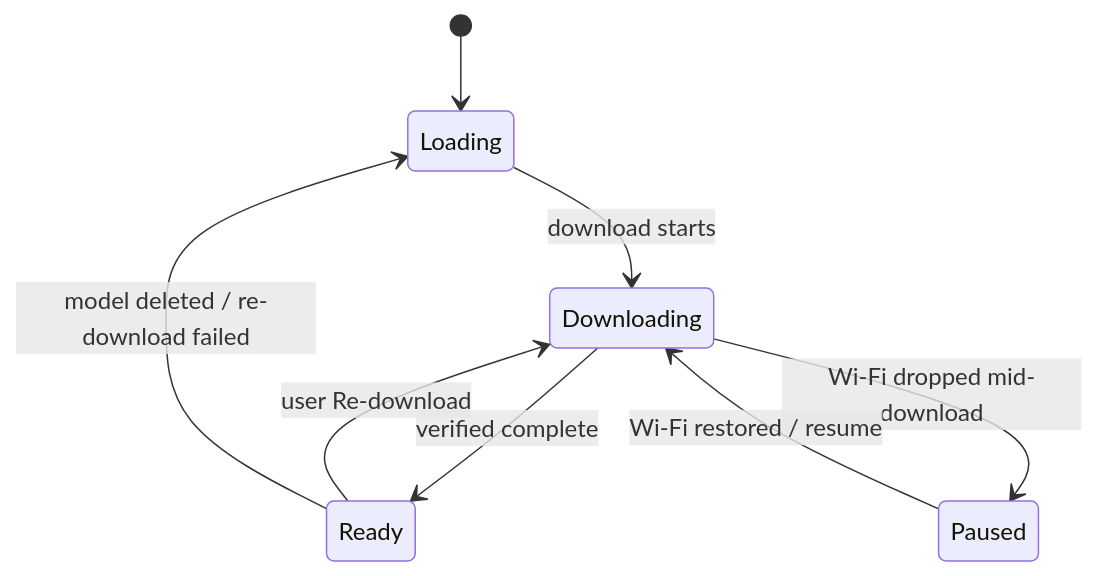
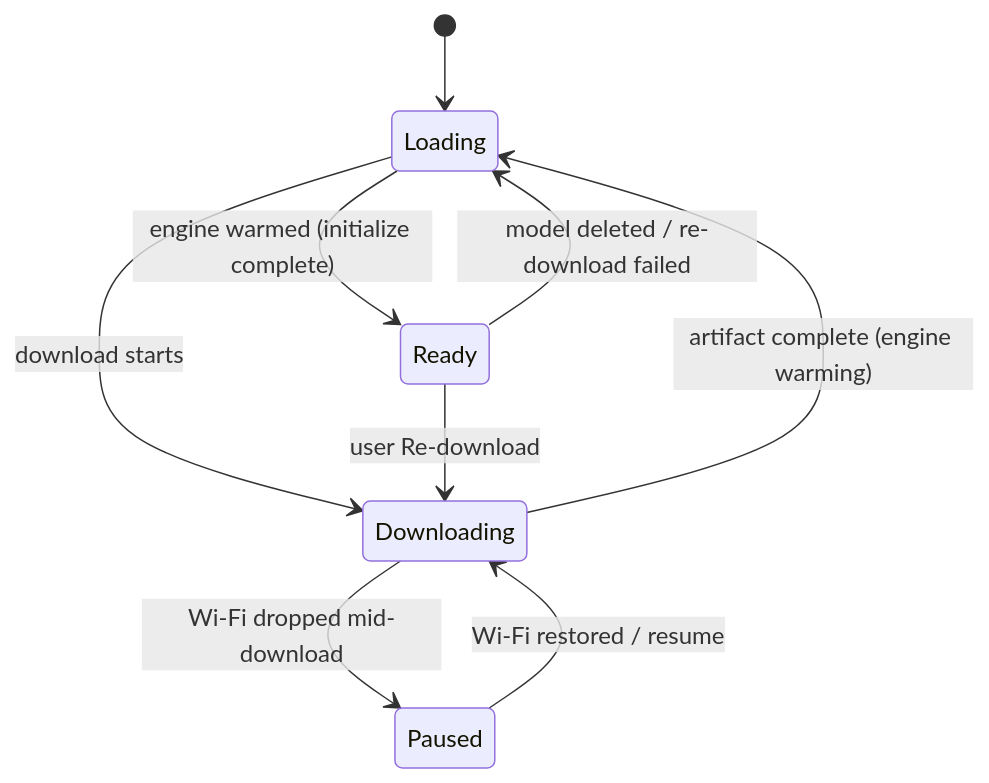
Before and after one commit to anchildress1/vestige: the third of 6 diagrams in docs/diagrams/state-diagrams.md, drawn with Mermaid. The commit also changed other lines of this file and 3 other files, not shown here.

First line of the commit message:
fix(model): gate readiness on engine warmup, not artifact presence

````diff
--- a/docs/diagrams/state-diagrams.md
+++ b/docs/diagrams/state-diagrams.md
@@ -70,13 +73,14 @@
 ```mermaid
 stateDiagram-v2
     accTitle: ModelReadiness runtime state machine
-    accDescr: Four runtime states. Loading transitions to Downloading when a download starts. Downloading goes to Ready on success, or Paused if Wi-Fi drops mid-download. Paused resumes to Downloading. Ready can return to Loading if the artifact is deleted. A failed re-download from Ready falls back to Loading.
+    accDescr: Four runtime states. Loading transitions to Downloading when a download starts. A completed download returns to Loading (engine warming), not straight to Ready. Loading reaches Ready only when the engine finishes initialize. Downloading goes to Paused if Wi-Fi drops mid-download. Paused resumes to Downloading. Ready returns to Loading if the artifact is deleted or a re-download fails.
 
     [*] --> Loading
     Loading --> Downloading: download starts
-    Downloading --> Ready: verified complete
+    Loading --> Ready: engine warmed (initialize complete)
+    Downloading --> Loading: artifact complete (engine warming)
     Downloading --> Paused: Wi-Fi dropped mid-download
     Paused --> Downloading: Wi-Fi restored / resume
     Ready --> Downloading: user Re-download
     Ready --> Loading: model deleted / re-download failed
 ```
````
